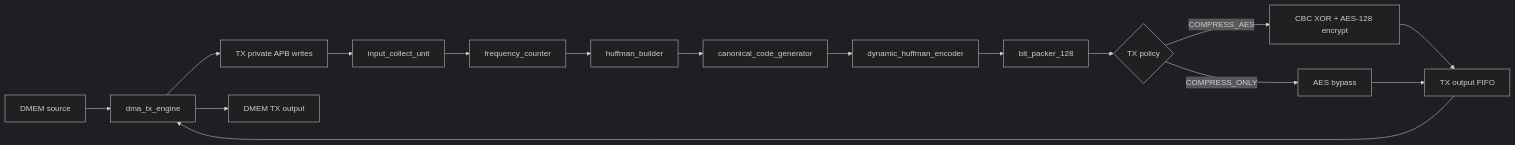
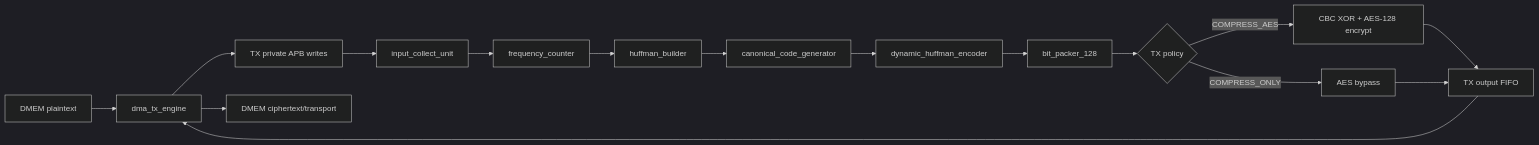
Before and after one commit to ngoquocan139/AES_huffman_all6: the fourth of 5 diagrams in docs/00_current_system_spec.md, drawn with Mermaid (dark theme). The commit also changed other lines of this file and 44 other files, not shown here.

````diff
--- a/docs/00_current_system_spec.md
+++ b/docs/00_current_system_spec.md
@@ -178,18 +324,18 @@
 ```mermaid
 flowchart LR
-  SRC["DMEM source"] --> TXDMA["dma_tx_engine"]
+  SRC["DMEM plaintext"] --> TXDMA["dma_tx_engine"]
   TXDMA --> APB["TX private APB writes"]
   APB --> COLLECT["input_collect_unit"]
   COLLECT --> FREQ["frequency_counter"]
   FREQ --> BUILD["huffman_builder"]
   BUILD --> CANON["canonical_code_generator"]
   CANON --> ENC["dynamic_huffman_encoder"]
   ENC --> PACK["bit_packer_128"]
   PACK --> POLICY{"TX policy"}
   POLICY -->|"COMPRESS_AES"| CBC["CBC XOR + AES-128 encrypt"]
   POLICY -->|"COMPRESS_ONLY"| BYP["AES bypass"]
   CBC --> FIFO["TX output FIFO"]
   BYP --> FIFO
   FIFO --> TXDMA
-  TXDMA --> DST["DMEM TX output"]
+  TXDMA --> DST["DMEM ciphertext/transport"]
 ```
````
